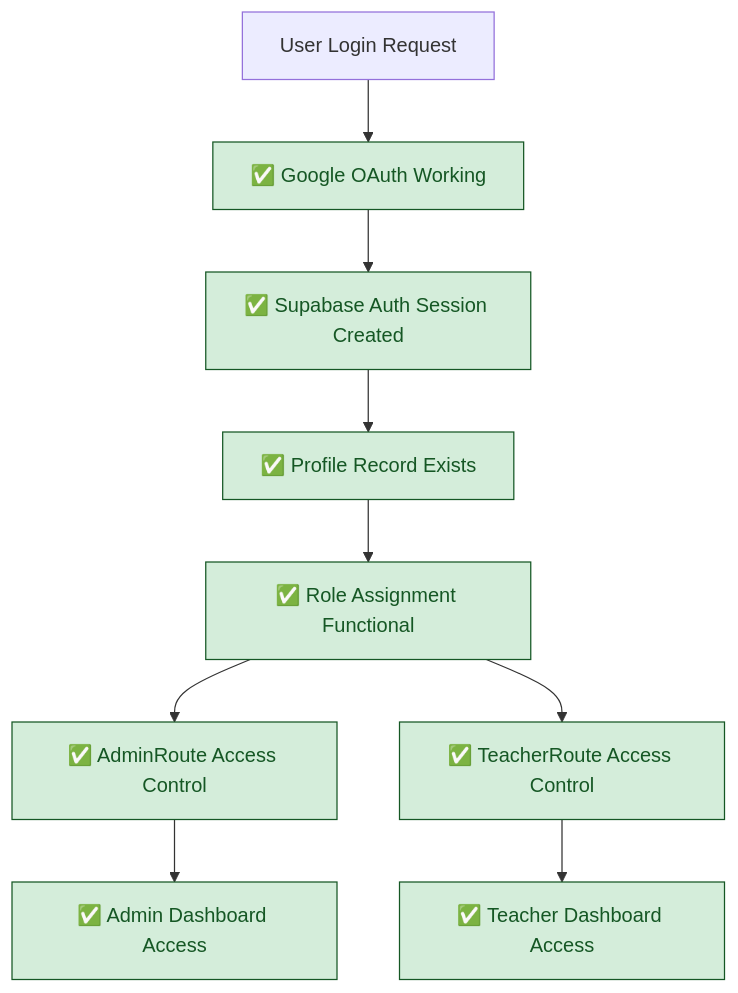
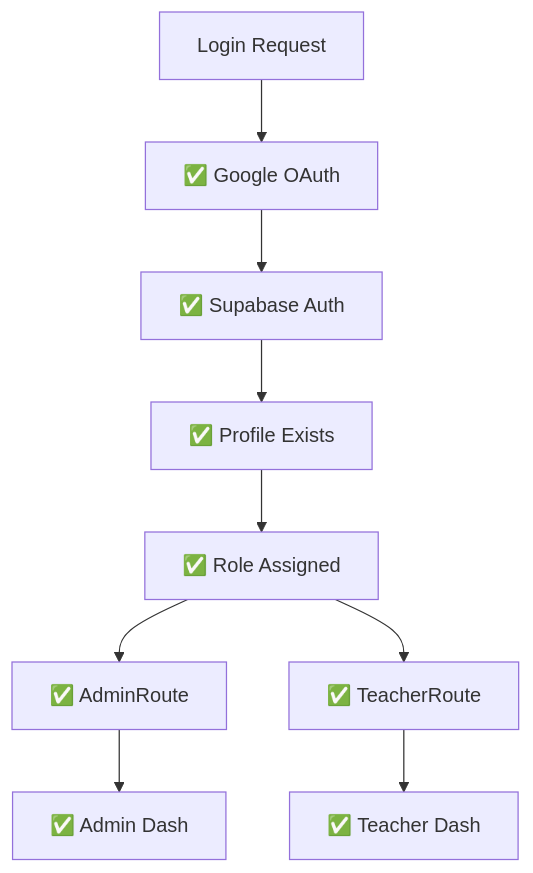
The first of 6 diagrams in docs/flowcharts/Current-State/04-current-session-management.md (Splurfa/bx-os), drawn with Mermaid before and after one commit. The commit also changed other lines of this file and 6 other files, not shown here.

Commit message:
Fix Mermaid text cutoff with basic syntax

````diff
--- a/docs/flowcharts/Current-State/04-current-session-management.md
+++ b/docs/flowcharts/Current-State/04-current-session-management.md
@@ -9,17 +9,13 @@
 ```mermaid
 flowchart TD
-    A["`User Login Request`"] --> B["`✅ Google OAuth Working`"]
-    B --> C["`✅ Supabase Auth Session Created`"]
-    C --> D["`✅ Profile Record Exists`"]
-    D --> E["`✅ Role Assignment Functional`"]
+    A[Login Request] --> B[✅ Google OAuth]
+    B --> C[✅ Supabase Auth]
+    C --> D[✅ Profile Exists]
+    D --> E[✅ Role Assigned]
     
-    E --> F["`✅ AdminRoute Access Control`"]
-    E --> G["`✅ TeacherRoute Access Control`"]
+    E --> F[✅ AdminRoute]
+    E --> G[✅ TeacherRoute]
     
-    F --> H["`✅ Admin Dashboard Access`"]
-    G --> I["`✅ Teacher Dashboard Access`"]
-    
-    classDef functional fill:#d4edda,stroke:#155724,color:#155724
-    
-    class B,C,D,E,F,G,H,I functional
+    F --> H[✅ Admin Dash]
+    G --> I[✅ Teacher Dash]
 ```
````
